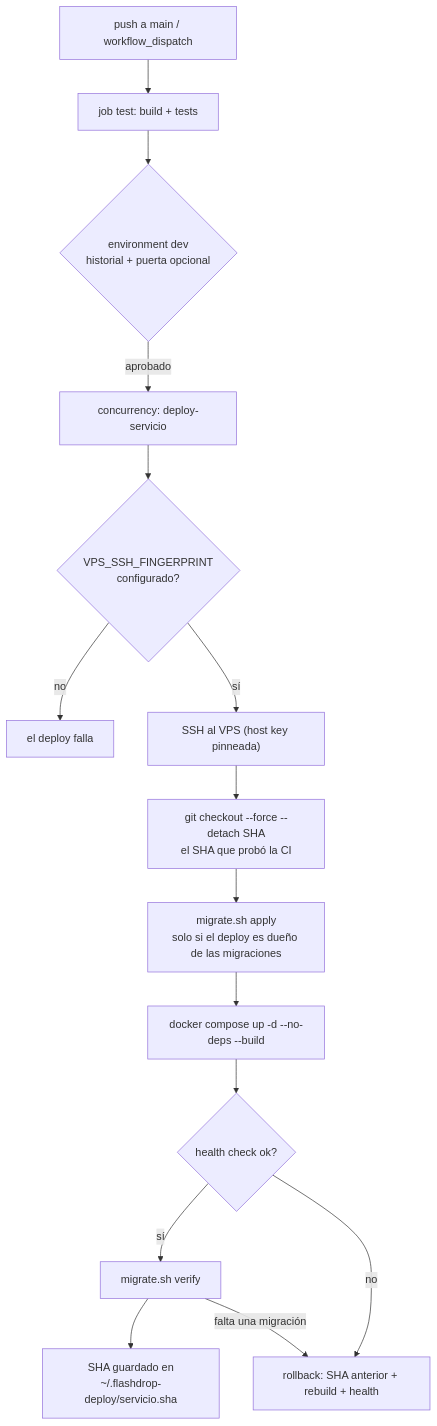
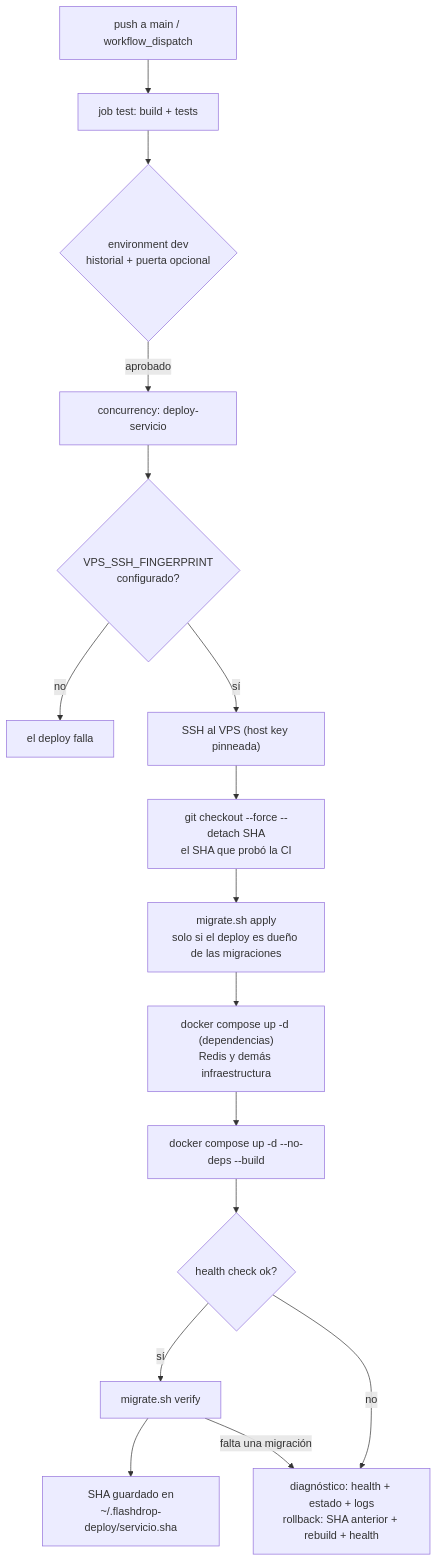
The diagram in docs/deploy.md (GessofDev/Flashdrop), drawn with Mermaid before and after one commit. The commit also changed other lines of this file and 4 other files, not shown here.

````diff
--- a/docs/deploy.md
+++ b/docs/deploy.md
@@ -53,17 +54,18 @@
 ```mermaid
 flowchart TD
   A["push a main / workflow_dispatch"] --> B["job test: build + tests"]
   B --> C{"environment dev<br/>historial + puerta opcional"}
   C -->|"aprobado"| D["concurrency: deploy-servicio"]
   D --> E{"VPS_SSH_FINGERPRINT<br/>configurado?"}
   E -->|"no"| F["el deploy falla"]
   E -->|"sí"| G["SSH al VPS (host key pinneada)"]
   G --> H["git checkout --force --detach SHA<br/>el SHA que probó la CI"]
   H --> I["migrate.sh apply<br/>solo si el deploy es dueño de las migraciones"]
-  I --> J["docker compose up -d --no-deps --build"]
-  J --> K{"health check ok?"}
-  K -->|"sí"| L["migrate.sh verify"]
-  L --> M["SHA guardado en<br/>~/.flashdrop-deploy/servicio.sha"]
-  K -->|"no"| N["rollback: SHA anterior + rebuild + health"]
-  L -->|"falta una migración"| N
+  I --> J2["docker compose up -d (dependencias)<br/>Redis y demás infraestructura"]
+  J2 --> K["docker compose up -d --no-deps --build"]
+  K --> L{"health check ok?"}
+  L -->|"sí"| M["migrate.sh verify"]
+  M --> N["SHA guardado en<br/>~/.flashdrop-deploy/servicio.sha"]
+  L -->|"no"| O["diagnóstico: health + estado + logs<br/>rollback: SHA anterior + rebuild + health"]
+  M -->|"falta una migración"| O
 ```
````
